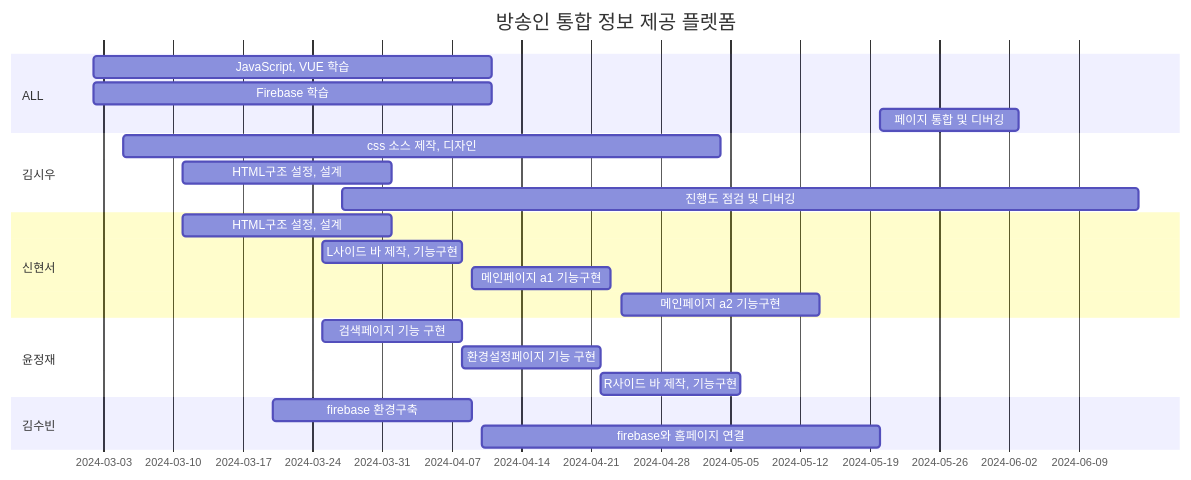
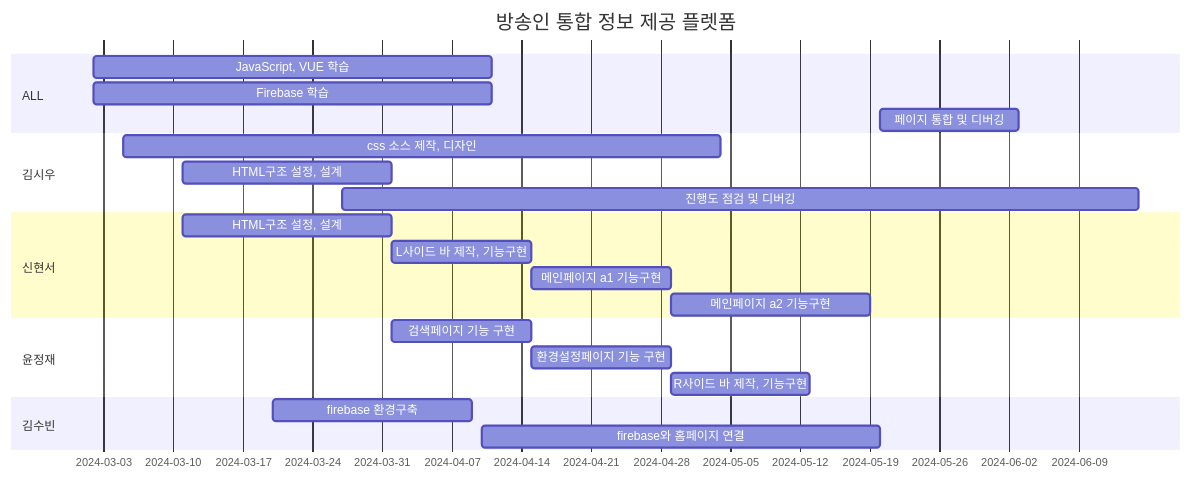
The diagram in README.md (kimsiwoo12/kimsiwoo12), drawn with Mermaid before and after one commit.

````diff
--- a/README.md
+++ b/README.md
@@ -8,30 +8,30 @@
 ```mermaid
 gantt
     title 방송인 통합 정보 제공 플렛폼
     dateFormat  YYYY-MM-DD
 
     section ALL
     JavaScript, VUE 학습     :a1, 2024-03-02, 40d
     Firebase 학습            :a2, 2024-03-02, 40d
     페이지 통합 및 디버깅    :a3, 2024-05-20, 14d
 
     section 김시우
     css 소스 제작, 디자인    :a1, 2024-03-05, 60d
     HTML구조 설정, 설계      :a2, 2024-03-11, 21d
     진행도 점검 및 디버깅    :a3, 2024-03-27, 80d
 
     section 신현서
     HTML구조 설정, 설계         :a1, 2024-03-11, 21d
-    L사이드 바 제작, 기능구현   :a2, 2024-03-25, 14d
-    메인페이지 a1 기능구현      :a3, 2024-04-09, 14d
-    메인페이지 a2 기능구현      :a4, 2024-04-24, 20d
+    L사이드 바 제작, 기능구현   :a2, 2024-04-01, 14d
+    메인페이지 a1 기능구현      :a3, 2024-04-15, 14d
+    메인페이지 a2 기능구현      :a4, 2024-04-29, 20d
 
     section 윤정재
-    검색페이지 기능 구현          :a1, 2024-03-25, 14d
-    환경설정페이지 기능 구현      :a2, 2024-04-08, 14d
-    R사이드 바 제작, 기능구현     :a3, 2024-04-22, 14d
+    검색페이지 기능 구현          :a1, 2024-04-01, 14d
+    환경설정페이지 기능 구현      :a2, 2024-04-15, 14d
+    R사이드 바 제작, 기능구현     :a3, 2024-04-29, 14d
 
     section 김수빈
     firebase 환경구축        :a1, 2024-03-20, 20d
     firebase와 홈페이지 연결 :a2, 2024-04-10, 40d
 ```
````
